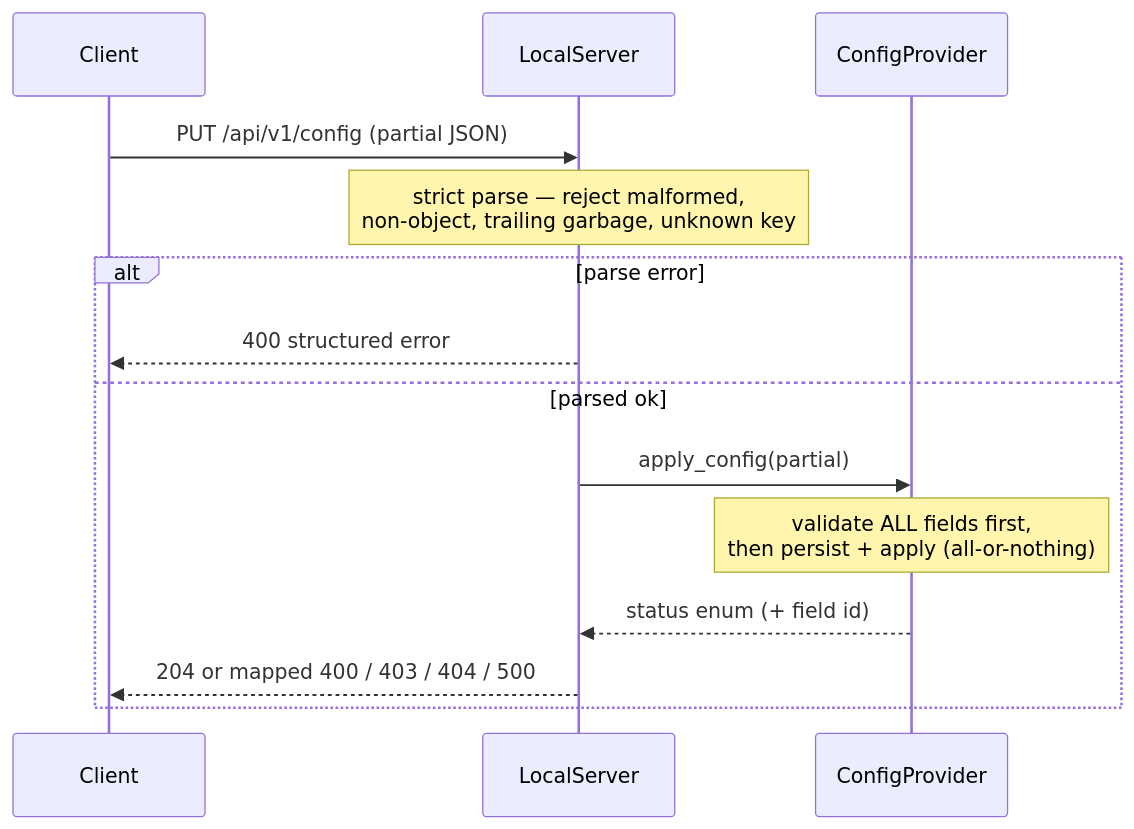
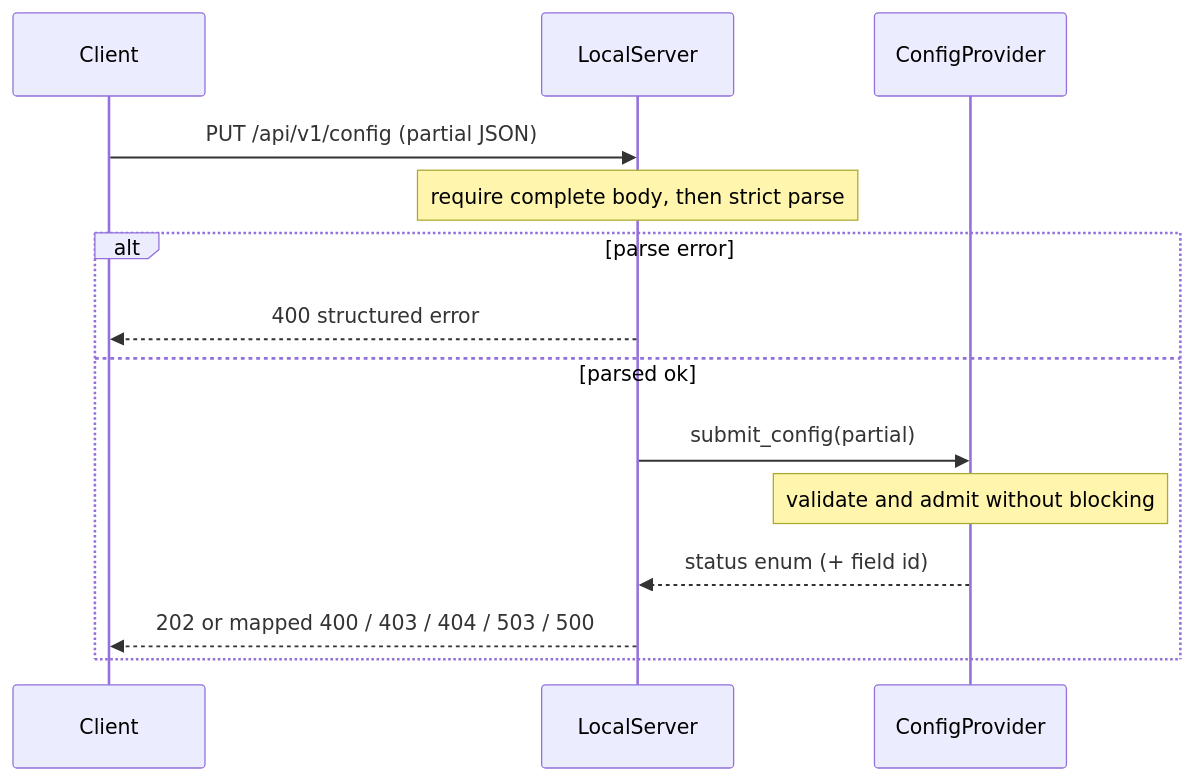
The diagram in components/airgradient-local-server/README.md (mattMRBH/firmware-core), drawn with Mermaid before and after one commit. The commit also changed other lines of this file and 14 other files, not shown here.

````diff
--- a/components/airgradient-local-server/README.md
+++ b/components/airgradient-local-server/README.md
@@ -88,16 +88,16 @@
 ```mermaid
 sequenceDiagram
     participant C as Client
     participant LS as LocalServer
     participant P as ConfigProvider
     C->>LS: PUT /api/v1/config (partial JSON)
-    Note over LS: strict parse — reject malformed,<br/>non-object, trailing garbage, unknown key
+    Note over LS: require complete body, then strict parse
     alt parse error
         LS-->>C: 400 structured error
     else parsed ok
-        LS->>P: apply_config(partial)
-        Note over P: validate ALL fields first,<br/>then persist + apply (all-or-nothing)
+        LS->>P: submit_config(partial)
+        Note over P: validate and admit without blocking
         P-->>LS: status enum (+ field id)
-        LS-->>C: 204 or mapped 400 / 403 / 404 / 500
+        LS-->>C: 202 or mapped 400 / 403 / 404 / 503 / 500
     end
 ```
````
